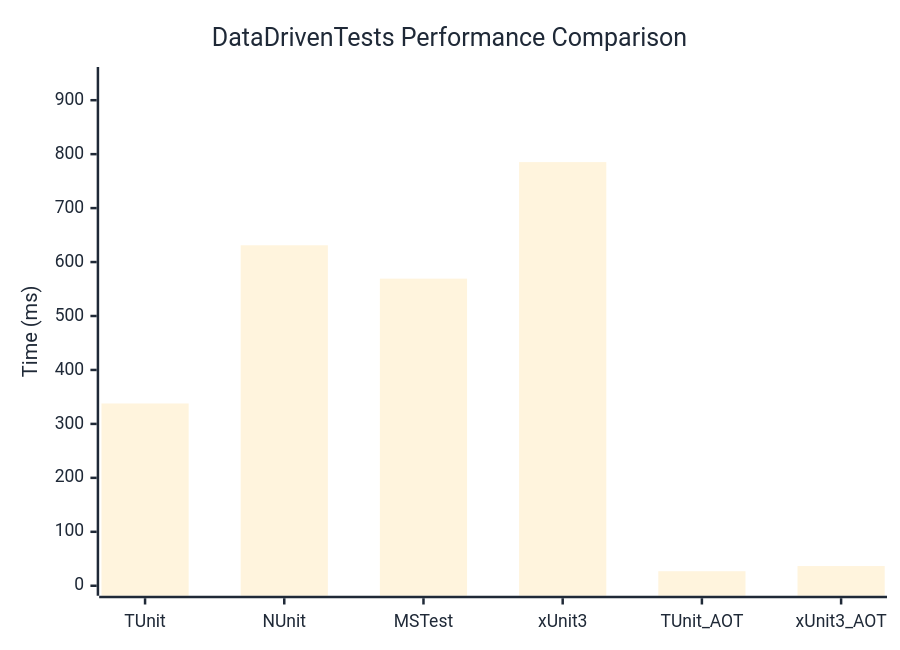
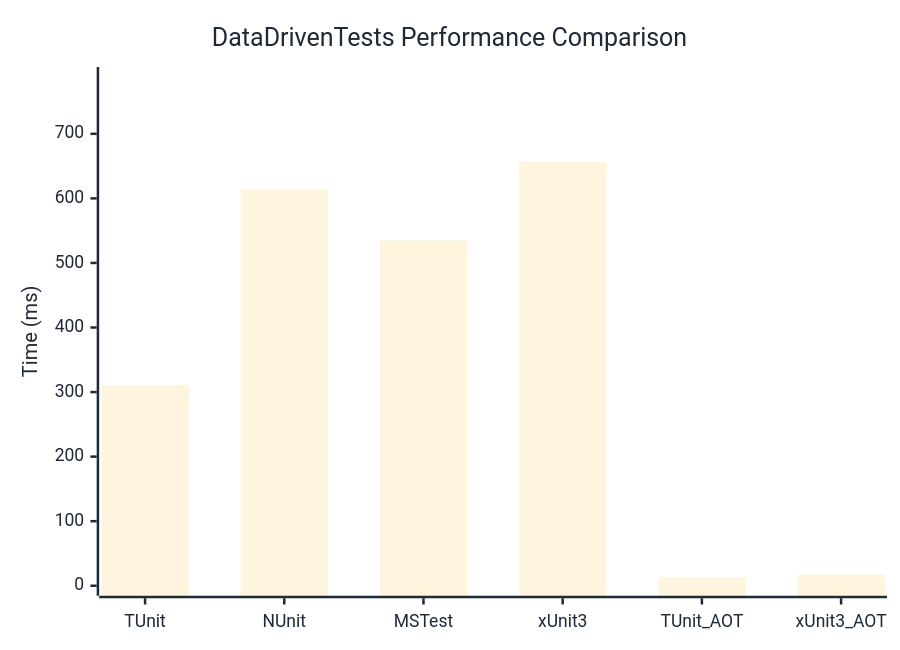
The diagram in docs/docs/benchmarks/engine/DataDrivenTests.md (thomhurst/TUnit), drawn with Mermaid before and after one commit. The commit also changed other lines of this file and 18 other files, not shown here.

````diff
--- a/docs/docs/benchmarks/engine/DataDrivenTests.md
+++ b/docs/docs/benchmarks/engine/DataDrivenTests.md
@@ -30,37 +30,37 @@
 ```mermaid
 %%{init: {
   'theme':'base',
   'themeVariables': {
     'primaryColor': '#2563eb',
     'primaryTextColor': '#1f2937',
     'primaryBorderColor': '#1e40af',
     'lineColor': '#6b7280',
     'secondaryColor': '#7c3aed',
     'tertiaryColor': '#dc2626',
     'background': '#ffffff',
     'mainBkg': '#2563eb',
     'secondBkg': '#7c3aed',
     'tertiaryBkg': '#dc2626',
     'clusterBkg': '#f3f4f6',
     'edgeLabelBackground': '#ffffff',
     'tertiaryTextColor': '#1f2937',
     'pie1': '#2563eb',
     'pie2': '#7c3aed',
     'pie3': '#dc2626',
     'pie4': '#f59e0b',
     'pie5': '#10b981',
     'pie6': '#06b6d4',
     'pie7': '#ec4899',
     'pie8': '#6366f1',
     'pie9': '#84cc16',
     'pie10': '#f97316',
     'pie11': '#14b8a6',
     'pie12': '#a855f7'
   }
 }}%%
 xychart-beta
   title "DataDrivenTests Performance Comparison"
   x-axis ["TUnit", "NUnit", "MSTest", "xUnit3", "TUnit_AOT", "xUnit3_AOT"]
-  y-axis "Time (ms)" 0 --> 943
-  bar [337.87, 631.09, 569.21, 785.28, 26.94, 36.52]
+  y-axis "Time (ms)" 0 --> 788
+  bar [310.83, 613.34, 534.69, 656.36, 13.86, 17.36]
 ```
````
